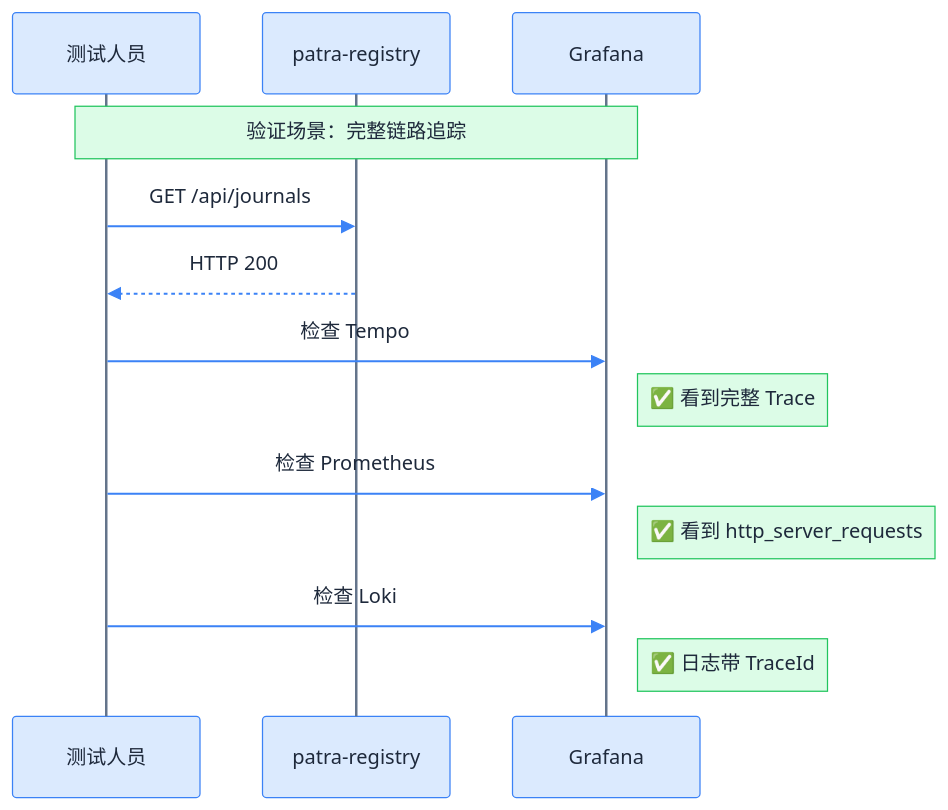
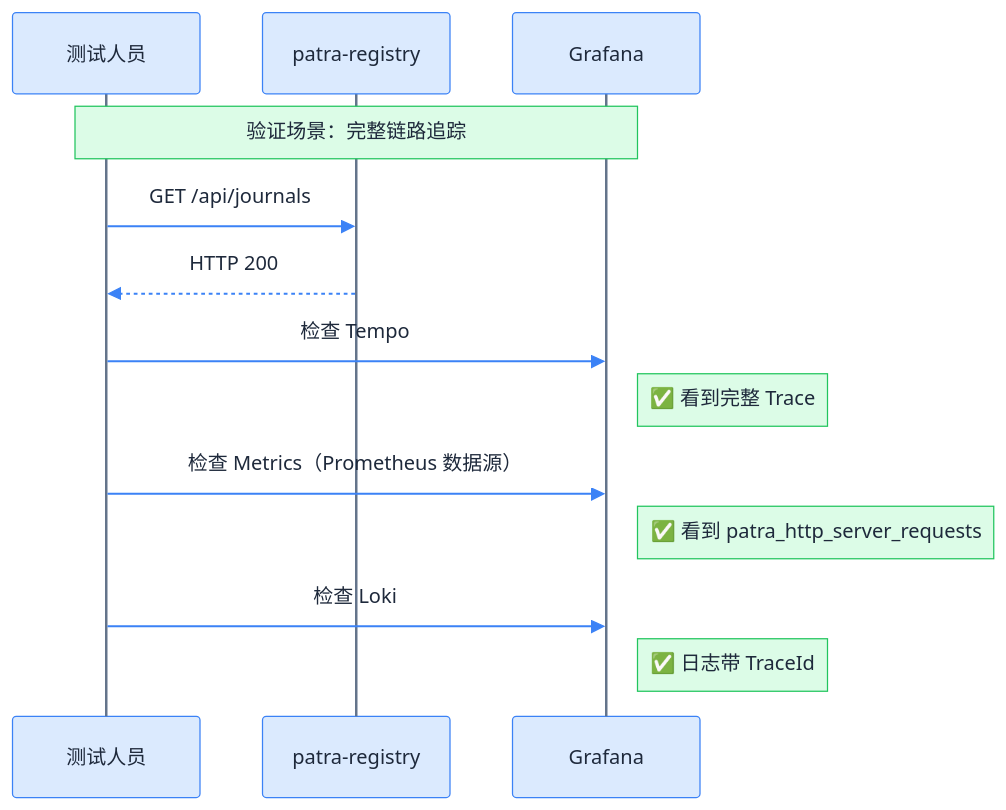
Before and after one commit to linqibin0826/patra: the second of 3 diagrams in patra-api/docs/designs/observability/07-implementation-roadmap.md, drawn with Mermaid. The commit also changed other lines of this file and 6 other files, not shown here.

````diff
--- a/patra-api/docs/designs/observability/07-implementation-roadmap.md
+++ b/patra-api/docs/designs/observability/07-implementation-roadmap.md
@@ -238,35 +240,35 @@
 ```mermaid
 %%{init: {
   'theme': 'base',
   'themeVariables': {
     'primaryColor': '#dbeafe',
     'primaryTextColor': '#1e293b',
     'primaryBorderColor': '#3b82f6',
     'lineColor': '#64748b',
     'actorLineColor': '#64748b',
     'signalColor': '#3b82f6',
     'signalTextColor': '#1e293b',
     'noteBkgColor': '#dcfce7',
     'noteTextColor': '#1e293b',
     'noteBorderColor': '#22c55e'
   }
 }}%%
 sequenceDiagram
     participant Tester as 测试人员
     participant Registry as patra-registry
     participant Grafana as Grafana
 
     Note over Tester,Grafana: 验证场景：完整链路追踪
 
     Tester->>Registry: GET /api/journals
     Registry-->>Tester: HTTP 200
 
     Tester->>Grafana: 检查 Tempo
     Note right of Grafana: ✅ 看到完整 Trace
 
-    Tester->>Grafana: 检查 Prometheus
-    Note right of Grafana: ✅ 看到 http_server_requests
+    Tester->>Grafana: 检查 Metrics（Prometheus 数据源）
+    Note right of Grafana: ✅ 看到 patra_http_server_requests
 
     Tester->>Grafana: 检查 Loki
     Note right of Grafana: ✅ 日志带 TraceId
 ```
````
